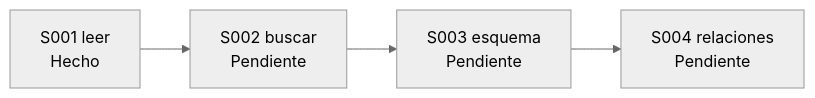
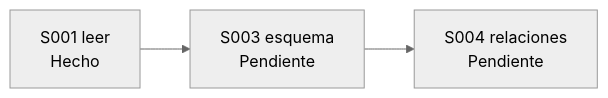
The third of 3 diagrams in docs/E001/F003/README.md (jliberal-aquas/aquas-central-harness-government), drawn with Mermaid (neutral theme) before and after one commit. The commit also changed other lines of this file and 1 other file, not shown here.

First line of the commit message:
F003/S002 descartado: buscar por regex no ahorra vueltas al modelo

````diff
--- a/docs/E001/F003/README.md
+++ b/docs/E001/F003/README.md
@@ -107,6 +108,5 @@
 ```mermaid
 flowchart LR
-    S1["S001 leer<br/>Hecho"] --> S2["S002 buscar<br/>Pendiente"]
-    S2 --> S3["S003 esquema<br/>Pendiente"]
+    S1["S001 leer<br/>Hecho"] --> S3["S003 esquema<br/>Pendiente"]
     S3 --> S4["S004 relaciones<br/>Pendiente"]
 ```
````
